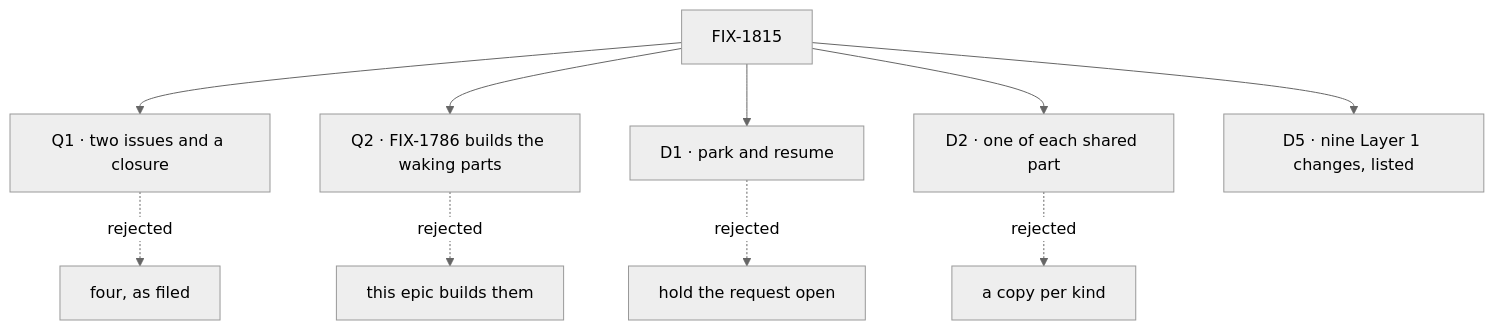
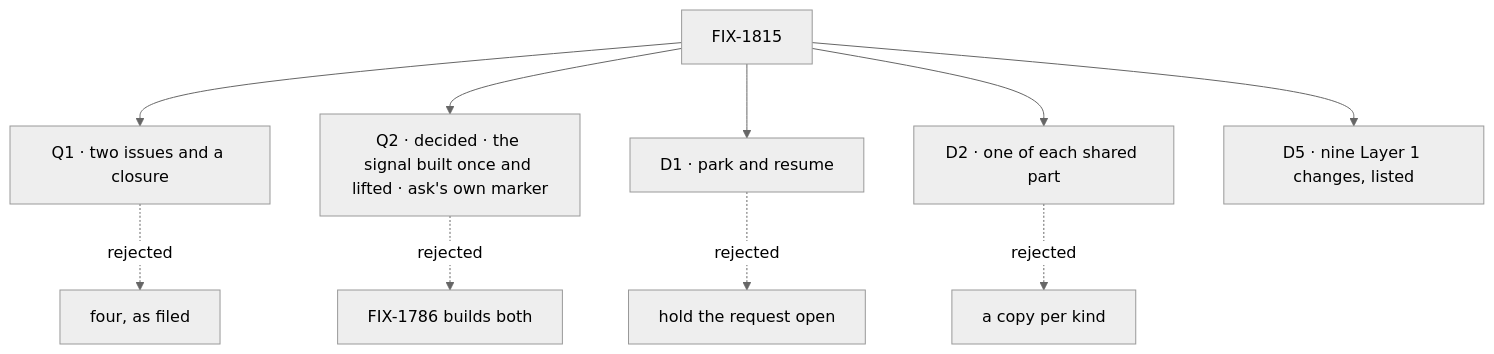
Before and after one commit to fixpoint-labs/flow-state-dev: the diagram in specs/epics/FIX-1815/DECISIONS.md, drawn with Mermaid (neutral theme). The commit also changed other lines of this file and 9 other files, not shown here.

First line of the commit message:
spec(epic): FIX-1815 fold Q2 answer: signal built once by FIX-1794 P2 and lifted by FIX-1816; ask's own resume-owed marker on FIX-1802's pattern; inputs land FIX-1814, FIX-1794 P2, FIX-1802 P1

````diff
--- a/specs/epics/FIX-1815/DECISIONS.md
+++ b/specs/epics/FIX-1815/DECISIONS.md
@@ -11,12 +12,12 @@
 ```mermaid
 flowchart TD
   E["FIX-1815"] --> Q1["Q1 · two issues and a closure"]
   Q1 -.->|"rejected"| X1["four, as filed"]
-  E --> Q2["Q2 · FIX-1786 builds the waking parts"]
-  Q2 -.->|"rejected"| X2["this epic builds them"]
+  E --> Q2["Q2 · decided · the signal built once and lifted · ask's own marker"]
+  Q2 -.->|"rejected"| X2["FIX-1786 builds both"]
   E --> D1["D1 · park and resume"]
   D1 -.->|"rejected"| X3["hold the request open"]
   E --> D2["D2 · one of each shared part"]
   D2 -.->|"rejected"| X4["a copy per kind"]
   E --> D5["D5 · nine Layer 1 changes, listed"]
 ```
````
